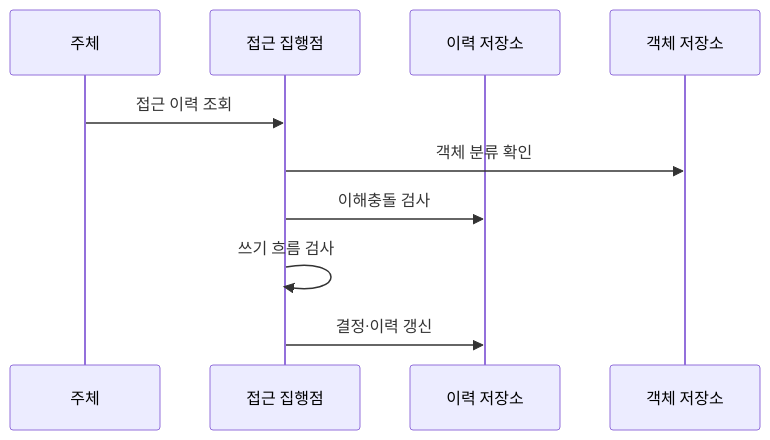
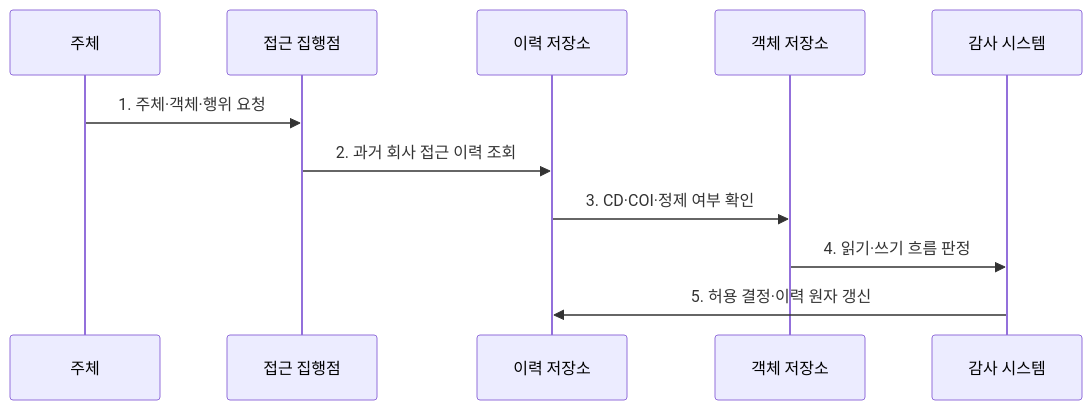
One commit to agnusdei1207/knowledge-base changed the second of 2 diagrams in src/content/docs/notes/05-security/138_brewer_nash_model.md. Above: the diagram before and after it, drawn with Mermaid. The commit also changed other lines of this file and 6 other files, not shown here.

````diff
--- a/src/content/docs/notes/05-security/138_brewer_nash_model.md
+++ b/src/content/docs/notes/05-security/138_brewer_nash_model.md
@@ -82,12 +80,13 @@
 ```mermaid
 sequenceDiagram
-    participant S as 주체
-    participant E as 접근 집행점
-    participant H as 이력 저장소
-    participant O as 객체 저장소
-    S->>E: 접근 이력 조회
-    E->>O: 객체 분류 확인
-    E->>H: 이해충돌 검사
-    E->>E: 쓰기 흐름 검사
-    E->>H: 결정·이력 갱신
+  participant S as 주체
+  participant E as 접근 집행점
+  participant H as 이력 저장소
+  participant O as 객체 저장소
+  participant A as 감사 시스템
+  S->>E: 1. 주체·객체·행위 요청
+  E->>H: 2. 과거 회사 접근 이력 조회
+  H->>O: 3. CD·COI·정제 여부 확인
+  O->>A: 4. 읽기·쓰기 흐름 판정
+  A->>H: 5. 허용 결정·이력 원자 갱신
 ```
````
